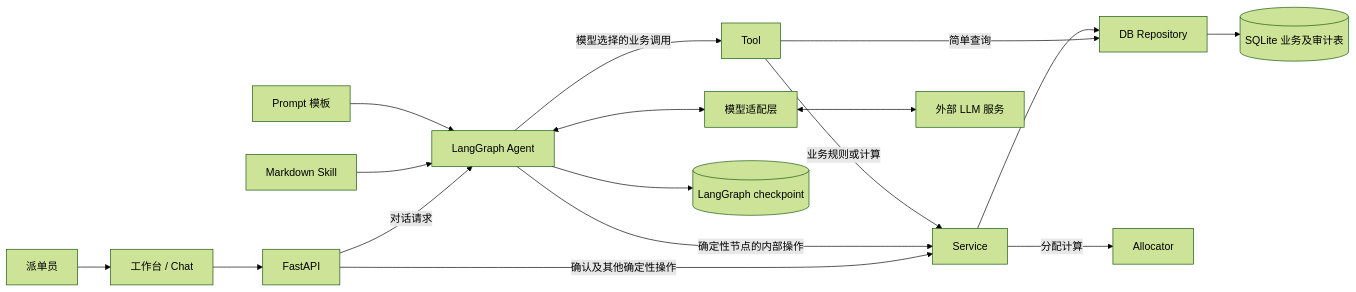
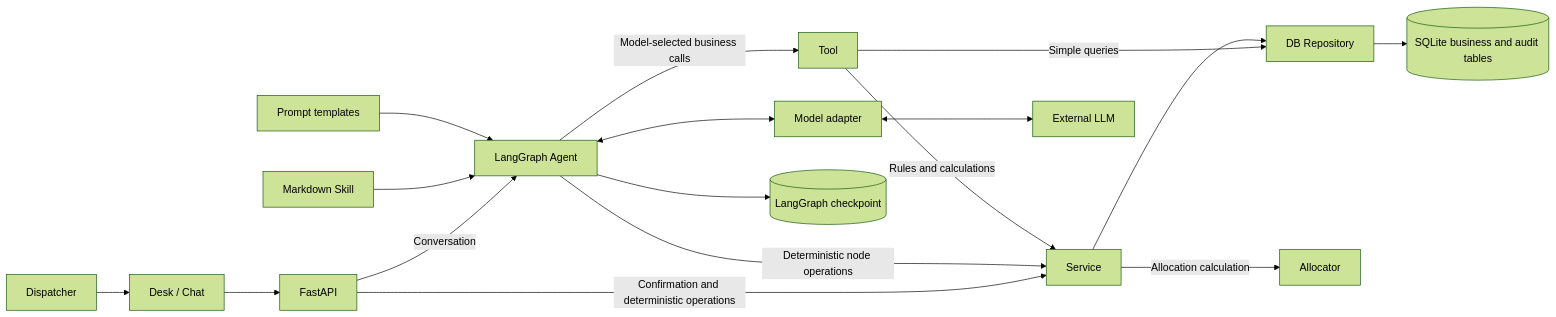
One commit to zh72640/dss5105_project changed the diagram in docs/architecture.md. Above: the diagram before and after it, drawn with Mermaid (forest theme). The commit also changed other lines of this file and 140 other files, not shown here.

````diff
--- a/docs/architecture.md
+++ b/docs/architecture.md
@@ -22,19 +20,19 @@
 ```mermaid
 flowchart LR
-    USER[派单员] --> UI[工作台 / Chat]
+    USER[Dispatcher] --> UI[Desk / Chat]
     UI --> API[FastAPI]
-    API -->|对话请求| AGENT[LangGraph Agent]
-    API -->|确认及其他确定性操作| SERVICE[Service]
+    API -->|Conversation| AGENT[LangGraph Agent]
+    API -->|Confirmation and deterministic operations| SERVICE[Service]
     SKILL[Markdown Skill] --> AGENT
-    PROMPT[Prompt 模板] --> AGENT
-    AGENT <--> MODEL[模型适配层]
-    MODEL <--> LLM[外部 LLM 服务]
-    AGENT -->|模型选择的业务调用| TOOL[Tool]
-    AGENT -->|确定性节点的内部操作| SERVICE
-    TOOL -->|业务规则或计算| SERVICE
-    TOOL -->|简单查询| REPO[DB Repository]
-    SERVICE -->|分配计算| ALLOC[Allocator]
+    PROMPT[Prompt templates] --> AGENT
+    AGENT <--> MODEL[Model adapter]
+    MODEL <--> LLM[External LLM]
+    AGENT -->|Model-selected business calls| TOOL[Tool]
+    AGENT -->|Deterministic node operations| SERVICE
+    TOOL -->|Rules and calculations| SERVICE
+    TOOL -->|Simple queries| REPO[DB Repository]
+    SERVICE -->|Allocation calculation| ALLOC[Allocator]
     SERVICE --> REPO
-    REPO --> FACTS[(SQLite 业务及审计表)]
+    REPO --> FACTS[(SQLite business and audit tables)]
     AGENT --> CHECKPOINT[(LangGraph checkpoint)]
 ```
````
